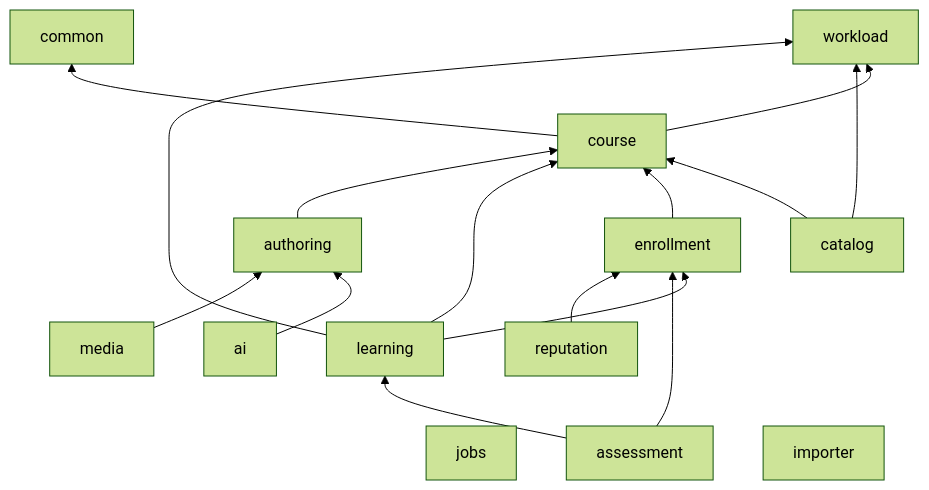
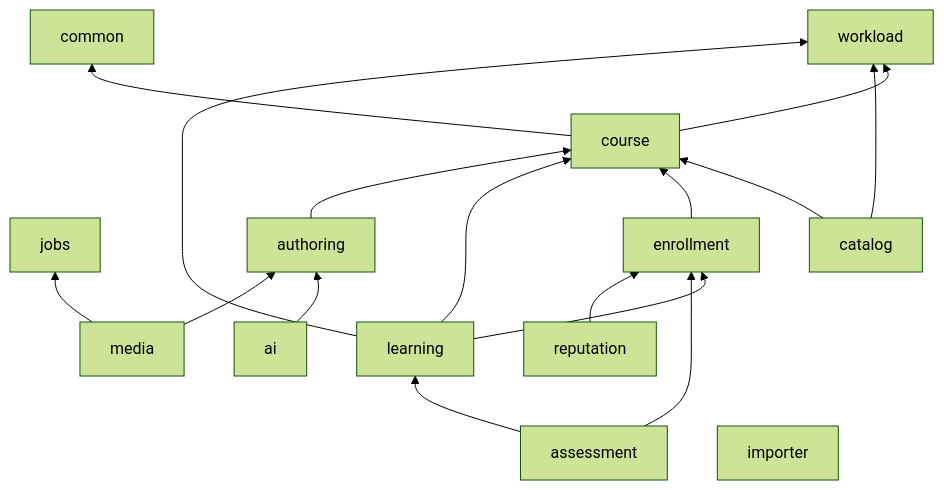
Before and after one commit to wasichai/elearning-backend: the second of 3 diagrams in docs/architecture/overview.md, drawn with Mermaid (forest theme). The commit also changed other lines of this file and 20 other files, not shown here.

````diff
--- a/docs/architecture/overview.md
+++ b/docs/architecture/overview.md
@@ -113,22 +113,23 @@
 ```mermaid
 flowchart BT
     common
     workload
     jobs
     course --> common
     course --> workload
     catalog --> course
     catalog --> workload
     enrollment --> course
     learning --> enrollment
     learning --> course
     learning --> workload
     assessment --> learning
     assessment --> enrollment
     authoring --> course
     importer
     ai --> authoring
     media --> authoring
+    media --> jobs
     reputation --> enrollment
     importer
 ```
````
